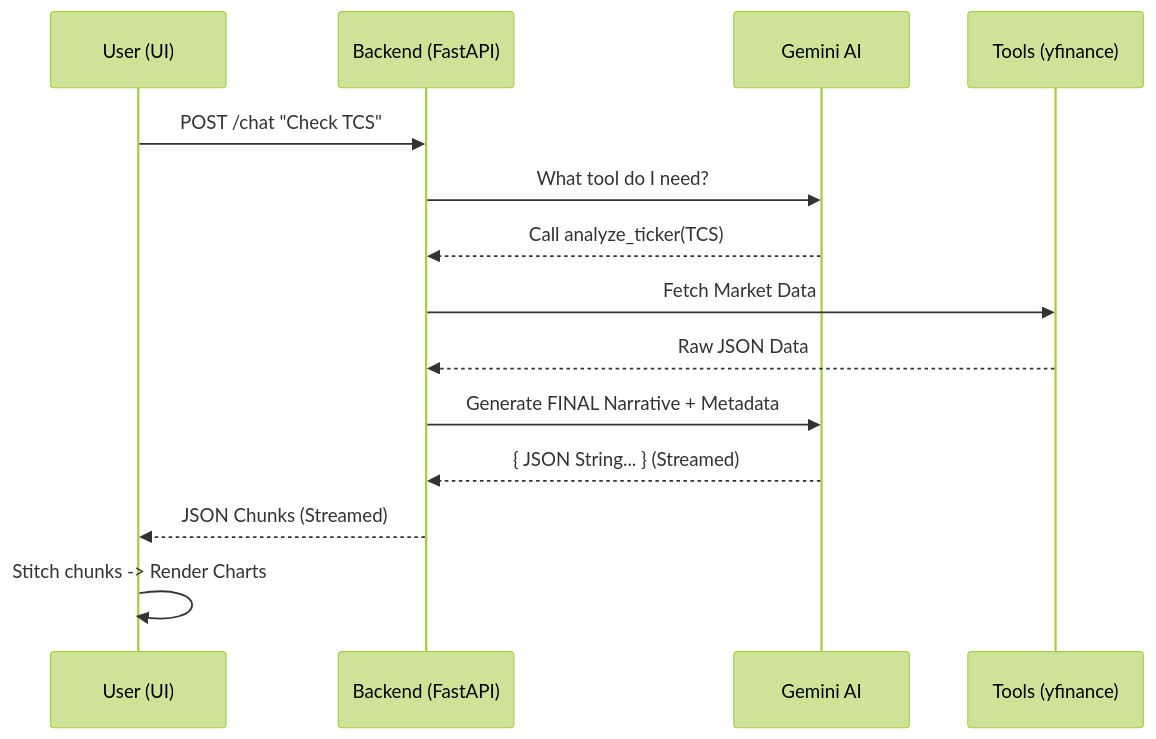
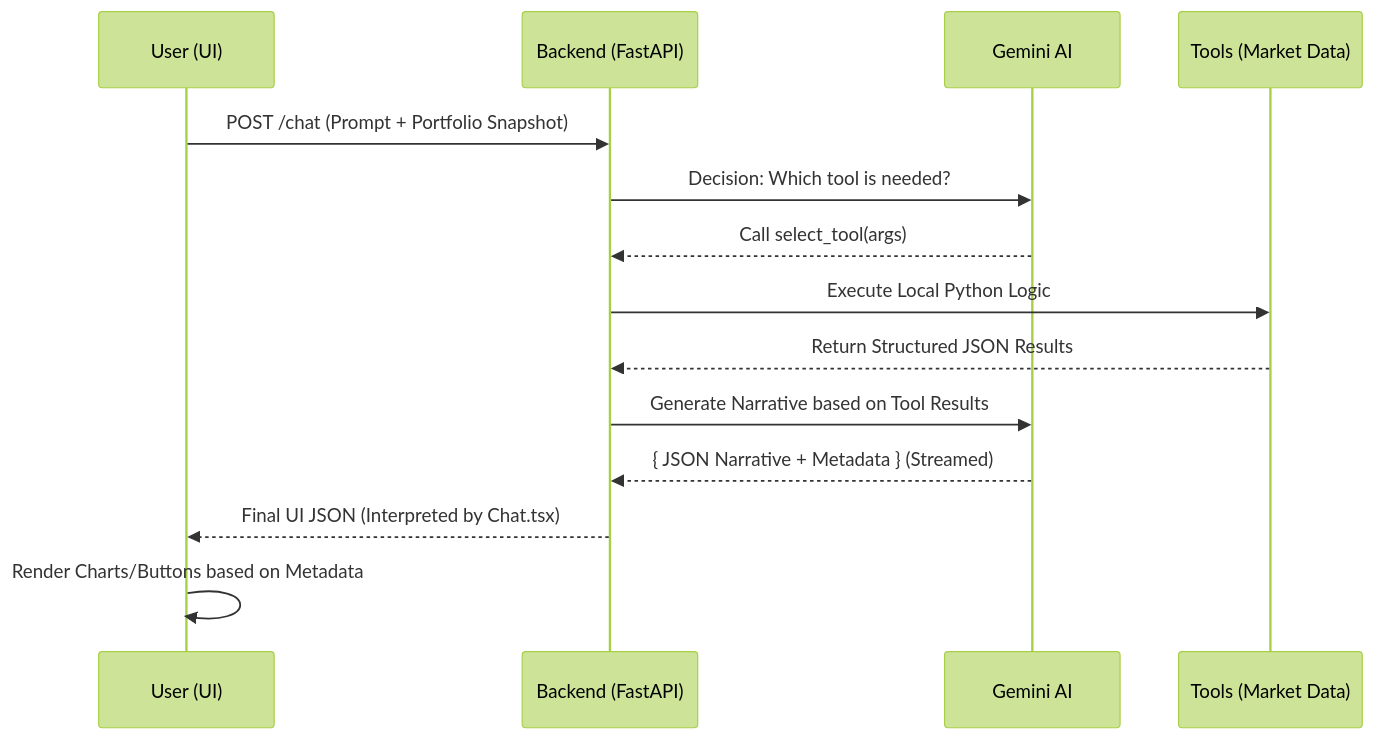
One commit to Pratt1702/DECIXN changed the diagram in chatbot_flow_guide.md. Above: the diagram before and after it, drawn with Mermaid (forest theme). The commit also changed other lines of this file and 2 other files, not shown here.

Commit message:
Robust analyze_full_portfolio() calling + typewriter animation

````diff
--- a/chatbot_flow_guide.md
+++ b/chatbot_flow_guide.md
@@ -114,17 +104,17 @@
 ```mermaid
 sequenceDiagram
     participant U as User (UI)
     participant B as Backend (FastAPI)
     participant G as Gemini AI
-    participant T as Tools (yfinance)
+    participant T as Tools (Market Data)
 
-    U->>B: POST /chat "Check TCS"
-    B->>G: What tool do I need?
-    G-->>B: Call analyze_ticker(TCS)
-    B->>T: Fetch Market Data
-    T-->>B: Raw JSON Data
-    B->>G: Generate FINAL Narrative + Metadata
-    G-->>B: { JSON String... } (Streamed)
-    B-->>U: JSON Chunks (Streamed)
-    U->>U: Stitch chunks -> Render Charts
+    U->>B: POST /chat (Prompt + Portfolio Snapshot)
+    B->>G: Decision: Which tool is needed?
+    G-->>B: Call select_tool(args)
+    B->>T: Execute Local Python Logic
+    T-->>B: Return Structured JSON Results
+    B->>G: Generate Narrative based on Tool Results
+    G-->>B: { JSON Narrative + Metadata } (Streamed)
+    B-->>U: Final UI JSON (Interpreted by Chat.tsx)
+    U->>U: Render Charts/Buttons based on Metadata
 ```
````
